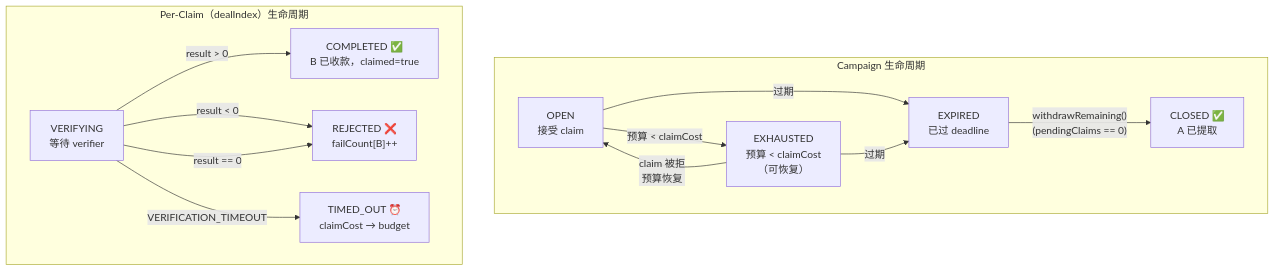
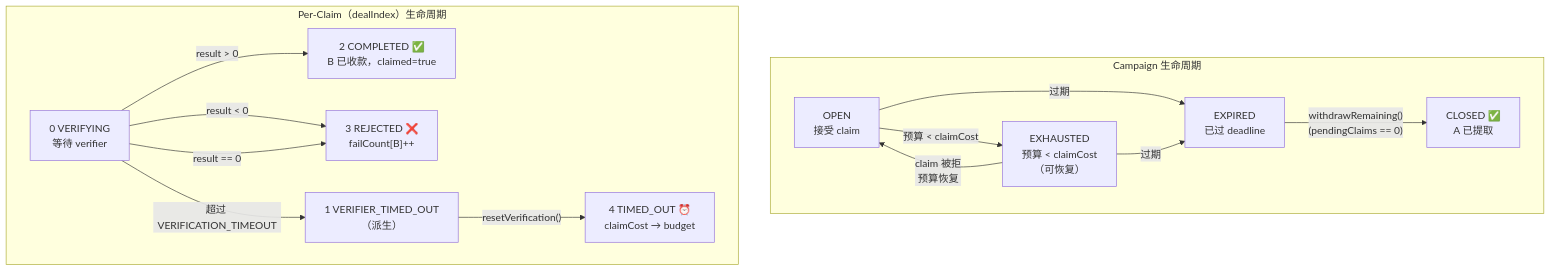
The second of 5 diagrams in examples/x-follow/x-follow-design-zh.md (synctxai/synctx), drawn with Mermaid before and after one commit. The commit also changed other lines of this file and 1 other file, not shown here.

````diff
--- a/examples/x-follow/x-follow-design-zh.md
+++ b/examples/x-follow/x-follow-design-zh.md
@@ -250,27 +295,29 @@
 ```mermaid
 flowchart TD
     subgraph "Campaign 生命周期"
         OPEN["OPEN<br/>接受 claim"]
         EXHAUSTED["EXHAUSTED<br/>预算 < claimCost<br/>（可恢复）"]
         EXPIRED["EXPIRED<br/>已过 deadline"]
         CLOSED["CLOSED ✅<br/>A 已提取"]
 
         OPEN -->|"预算 < claimCost"| EXHAUSTED
         OPEN -->|"过期"| EXPIRED
         EXHAUSTED -->|"claim 被拒<br/>预算恢复"| OPEN
         EXHAUSTED -->|"过期"| EXPIRED
         EXPIRED -->|"withdrawRemaining()<br/>(pendingClaims == 0)"| CLOSED
     end
 
     subgraph "Per-Claim（dealIndex）生命周期"
-        VERIFYING["VERIFYING<br/>等待 verifier"]
-        COMPLETED["COMPLETED ✅<br/>B 已收款，claimed=true"]
-        REJECTED["REJECTED ❌<br/>failCount[B]++"]
-        CLAIM_TIMEOUT["TIMED_OUT ⏰<br/>claimCost → budget"]
+        VERIFYING["0 VERIFYING<br/>等待 verifier"]
+        VERIFIER_TIMED_OUT["1 VERIFIER_TIMED_OUT<br/>（派生）"]
+        COMPLETED["2 COMPLETED ✅<br/>B 已收款，claimed=true"]
+        REJECTED["3 REJECTED ❌<br/>failCount[B]++"]
+        CLAIM_TIMEOUT["4 TIMED_OUT ⏰<br/>claimCost → budget"]
 
         VERIFYING -->|"result > 0"| COMPLETED
         VERIFYING -->|"result < 0"| REJECTED
         VERIFYING -->|"result == 0"| REJECTED
-        VERIFYING -->|"VERIFICATION_TIMEOUT"| CLAIM_TIMEOUT
+        VERIFYING -->|"超过 VERIFICATION_TIMEOUT"| VERIFIER_TIMED_OUT
+        VERIFIER_TIMED_OUT -->|"resetVerification()"| CLAIM_TIMEOUT
     end
 ```
````
